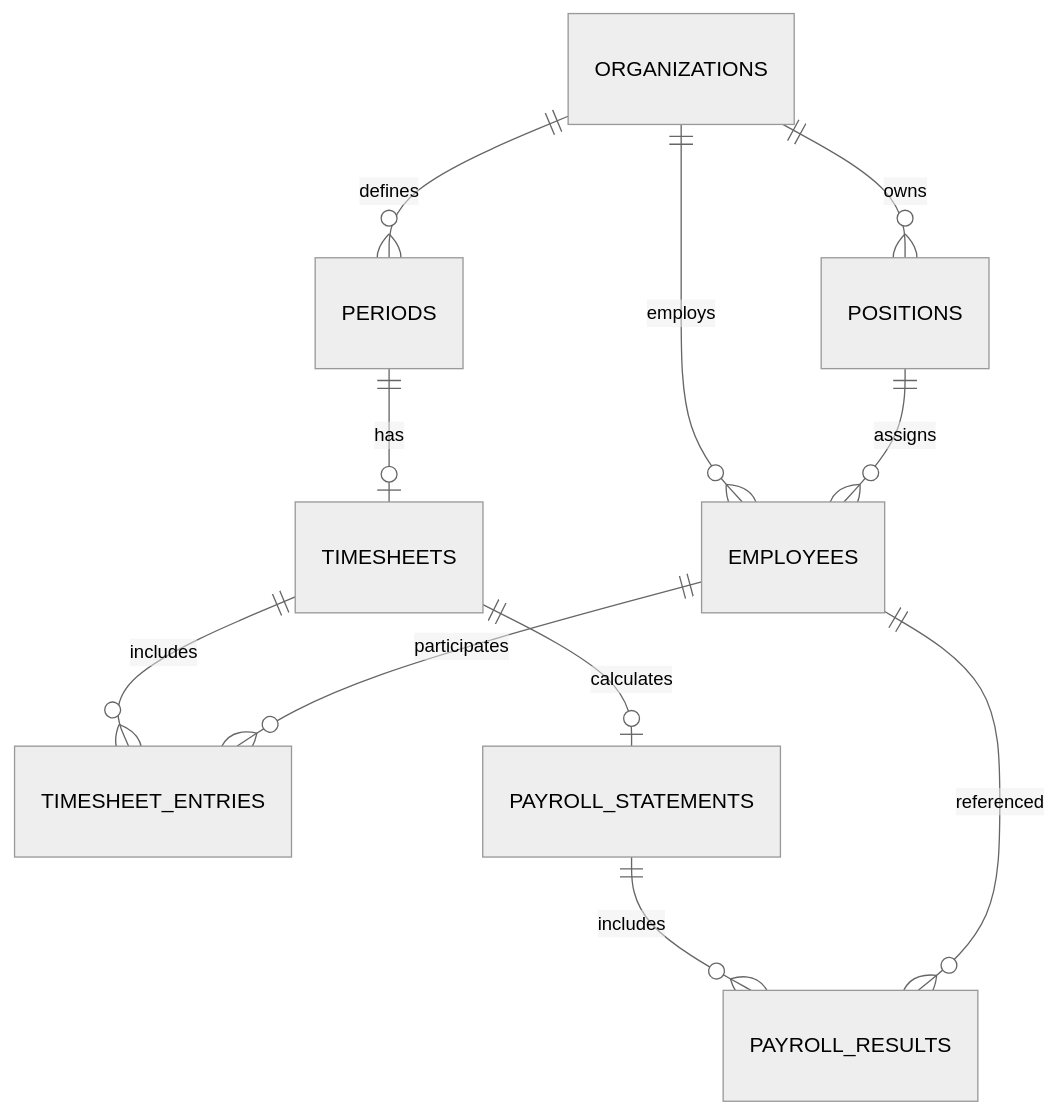
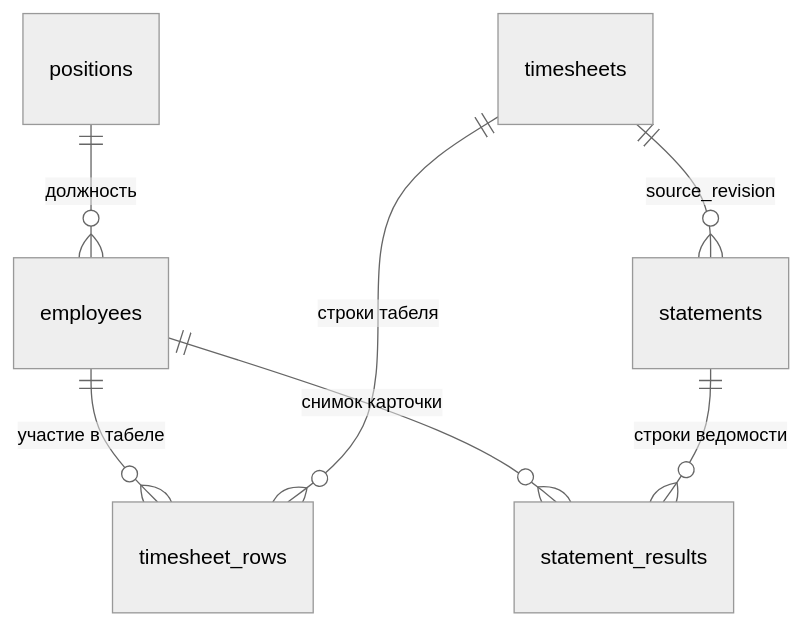
One commit to pro100Victor/salary_calculator changed the diagram in docs/ER.md. Above: the diagram before and after it, drawn with Mermaid (neutral theme). The commit also changed other lines of this file and 81 other files, not shown here.

````diff
--- a/docs/ER.md
+++ b/docs/ER.md
@@ -9,13 +8,9 @@
 ```mermaid
 erDiagram
-    ORGANIZATIONS ||--o{ POSITIONS : owns
-    ORGANIZATIONS ||--o{ EMPLOYEES : employs
-    ORGANIZATIONS ||--o{ PERIODS : defines
-    POSITIONS ||--o{ EMPLOYEES : assigns
-    PERIODS ||--o| TIMESHEETS : has
-    TIMESHEETS ||--o{ TIMESHEET_ENTRIES : includes
-    EMPLOYEES ||--o{ TIMESHEET_ENTRIES : participates
-    TIMESHEETS ||--o| PAYROLL_STATEMENTS : calculates
-    PAYROLL_STATEMENTS ||--o{ PAYROLL_RESULTS : includes
-    EMPLOYEES ||--o{ PAYROLL_RESULTS : referenced
+    positions ||--o{ employees : "должность"
+    employees ||--o{ timesheet_rows : "участие в табеле"
+    timesheets ||--o{ timesheet_rows : "строки табеля"
+    timesheets ||--o{ statements : "source_revision"
+    employees ||--o{ statement_results : "снимок карточки"
+    statements ||--o{ statement_results : "строки ведомости"
 ```
````
